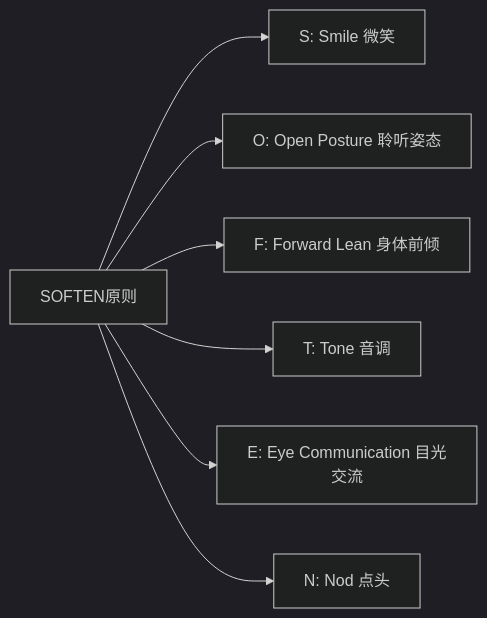
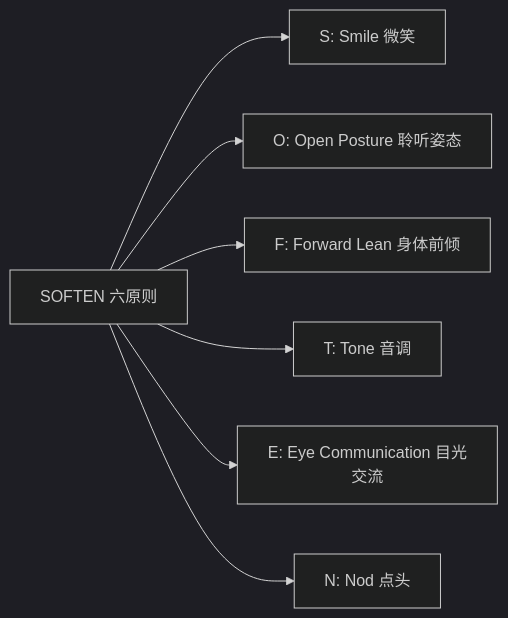
One commit to chongyang211/YCBookBlog changed the tenth of 14 diagrams in packages/website/13.书籍/06.自我精进·立言/02.沟通实战/02.沟通能力的演进.md. Above: the diagram before and after it, drawn with Mermaid (dark theme). The commit also changed other lines of this file, not shown here.

````diff
--- a/packages/website/13.书籍/06.自我精进·立言/02.沟通实战/02.沟通能力的演进.md
+++ b/packages/website/13.书籍/06.自我精进·立言/02.沟通实战/02.沟通能力的演进.md
@@ -292,9 +293,9 @@
 ```mermaid
 graph LR
-    A[SOFTEN原则] --> B[S: Smile 微笑]
+    A[SOFTEN 六原则] --> B[S: Smile 微笑]
     A --> C[O: Open Posture 聆听姿态]
     A --> D[F: Forward Lean 身体前倾]
     A --> E[T: Tone 音调]
     A --> F[E: Eye Communication 目光交流]
     A --> G[N: Nod 点头]
 ```
````
